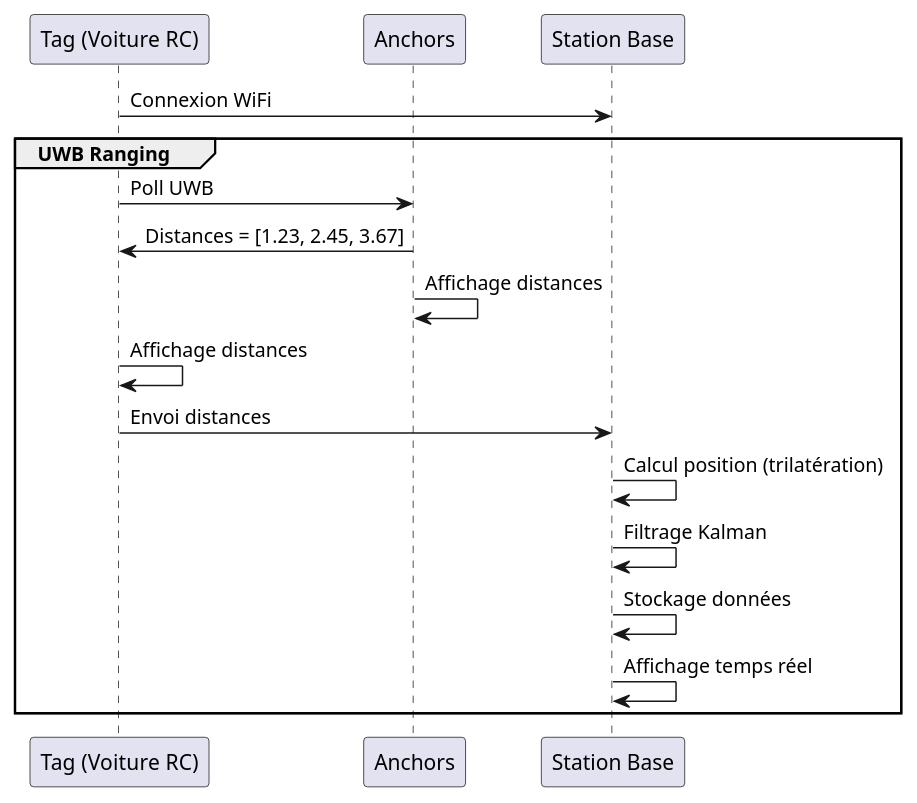
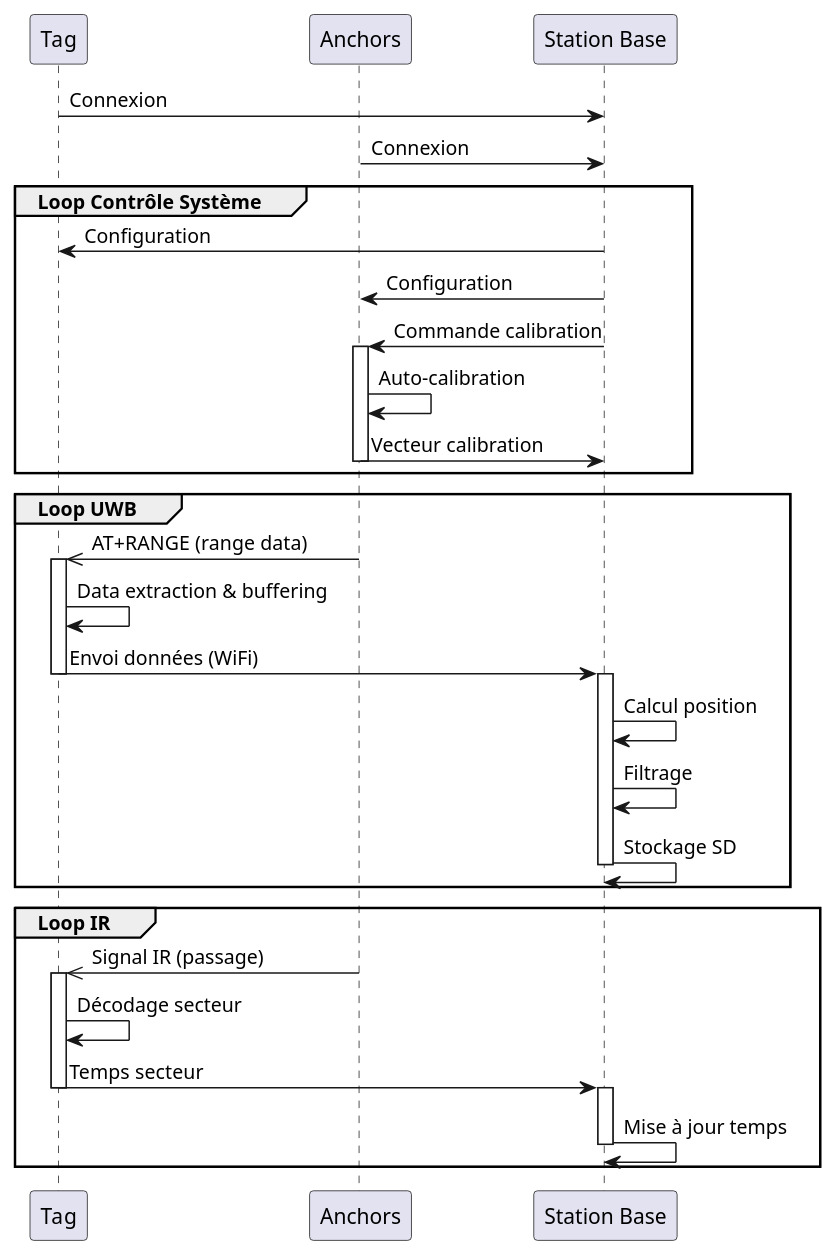
One commit to hugoMiCode/Documentation changed the second of 2 diagrams in docs/index.md. Above: the diagram before and after it, drawn with PlantUML. The commit also changed other lines of this file, not shown here.

Commit message:
feat: Revise system architecture documentation; enhance component descriptions and clarify relationships

````diff
--- a/docs/index.md
+++ b/docs/index.md
@@ -78,24 +93,44 @@
 ```puml
 @startuml
-participant Tag as "Tag (Voiture RC)"
-participant Anchors as "Anchors"
-participant Station as "Station Base"
+participant "Tag" as T
+participant "Anchors" as A
+participant "Station Base" as B
 
-Tag -> Station: Connexion WiFi
+T -> B: Connexion
+A -> B: Connexion
 
-group UWB Ranging
-    Tag -> Anchors: Poll UWB
-    Anchors -> Tag: Distances = [1.23, 2.45, 3.67]
-    Anchors -> Anchors: Affichage distances
-    Tag -> Tag: Affichage distances
-    Tag -> Station: Envoi distances
-
-    Station -> Station: Calcul position (trilatération)
-    Station -> Station: Filtrage Kalman
-    Station -> Station: Stockage données
-    Station -> Station: Affichage temps réel
+group Loop Contrôle Système
+    B -> T: Configuration
+    B -> A: Configuration
+    B -> A: Commande calibration
+    activate A
+    A -> A: Auto-calibration
+    A -> B: Vecteur calibration
+    deactivate A
 end
 
+group Loop UWB
+    A ->> T: AT+RANGE (range data)
+    activate T
+    T -> T: Data extraction & buffering
+    T -> B: Envoi données (WiFi)
+    deactivate T
+    activate B
+    B -> B: Calcul position
+    B -> B: Filtrage
+    B -> B: Stockage SD
+    deactivate B
+end
 
+group Loop IR
+    A ->> T: Signal IR (passage)
+    activate T
+    T -> T: Décodage secteur
+    T -> B: Temps secteur
+    deactivate T
+    activate B
+    B -> B: Mise à jour temps
+    deactivate B
+end
 @enduml
 ```
````
